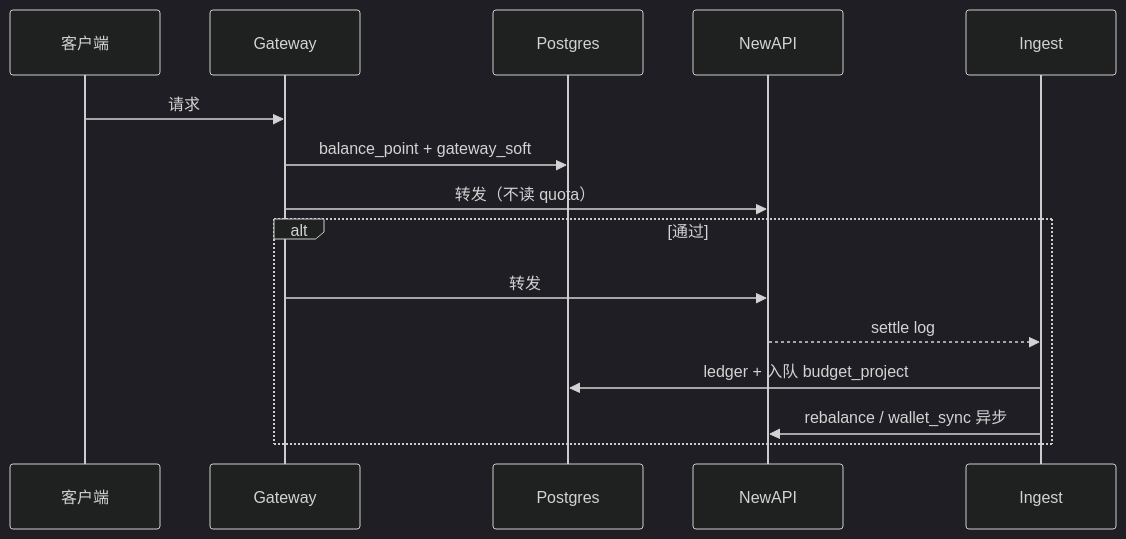
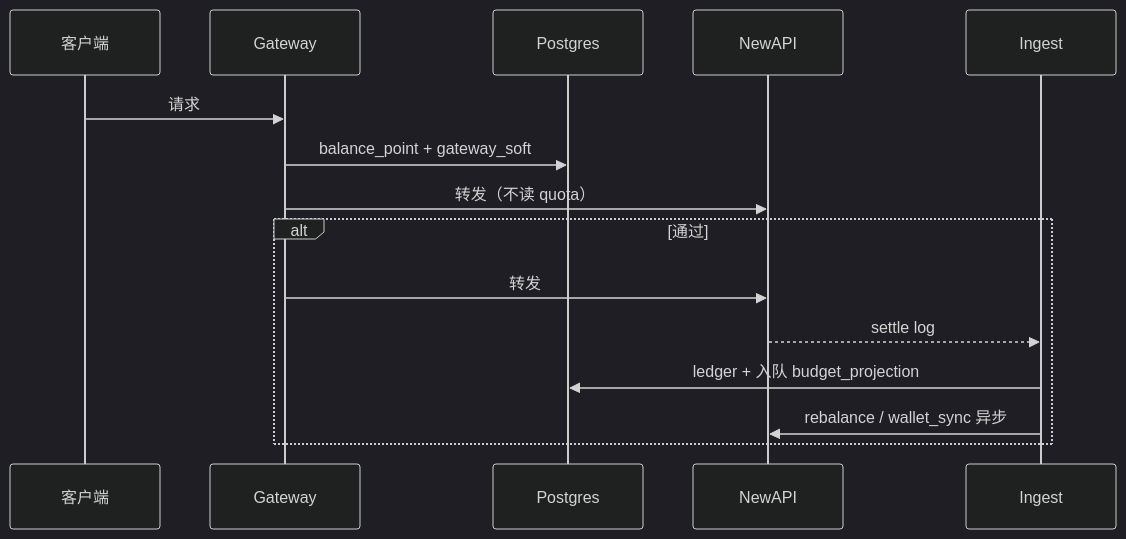
One commit to quyip8818/mytokenjoy changed the fourth of 6 diagrams in docs/架构评审-系统与数据模型.md. Above: the diagram before and after it, drawn with Mermaid (dark theme). The commit also changed other lines of this file and 175 other files, not shown here.

````diff
--- a/docs/架构评审-系统与数据模型.md
+++ b/docs/架构评审-系统与数据模型.md
@@ -196,18 +196,18 @@
 ```mermaid
 sequenceDiagram
   participant C as 客户端
   participant GW as Gateway
   participant PG as Postgres
   participant NA as NewAPI
   participant ING as Ingest
 
   C->>GW: 请求
   GW->>PG: balance_point + gateway_soft
   GW->>NA: 转发（不读 quota）
   alt 通过
     GW->>NA: 转发
     NA-->>ING: settle log
-    ING->>PG: ledger + 入队 budget_project
+    ING->>PG: ledger + 入队 budget_projection
     ING->>NA: rebalance / wallet_sync 异步
   end
 ```
````
